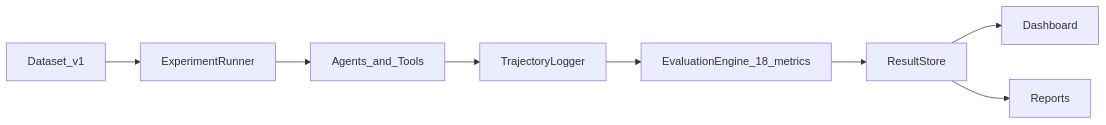
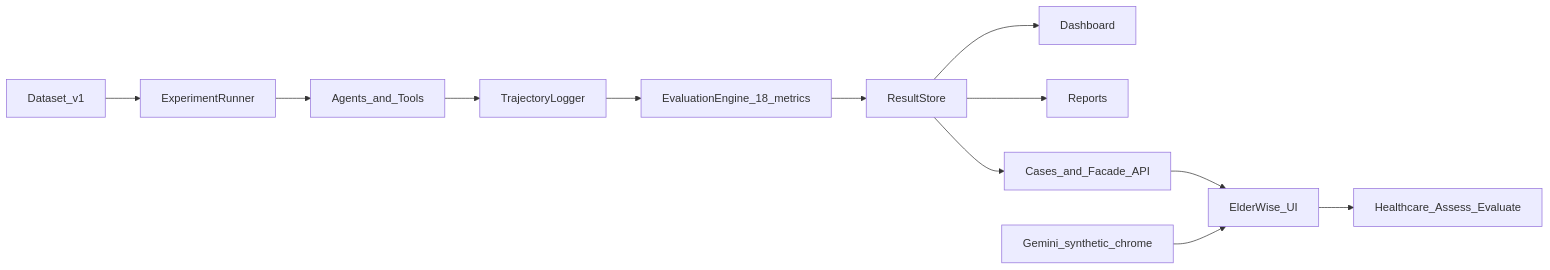
Before and after one commit to samsuljahith/githubbench-delta: the first of 2 diagrams in README.md, drawn with Mermaid. The commit also changed other lines of this file, not shown here.

First line of the commit message:
docs: refresh README for ElderWise, healthcare, and metric why

````diff
--- a/README.md
+++ b/README.md
@@ -65,10 +72,14 @@
 ```mermaid
 flowchart LR
   dataset[Dataset_v1] --> runner[ExperimentRunner]
   runner --> agents[Agents_and_Tools]
   agents --> traj[TrajectoryLogger]
   traj --> evals[EvaluationEngine_18_metrics]
   evals --> store[ResultStore]
   store --> dash[Dashboard]
   store --> reports[Reports]
+  store --> facade[Cases_and_Facade_API]
+  facade --> elder[ElderWise_UI]
+  gemini[Gemini_synthetic_chrome] --> elder
+  elder --> hc[Healthcare_Assess_Evaluate]
 ```
````
